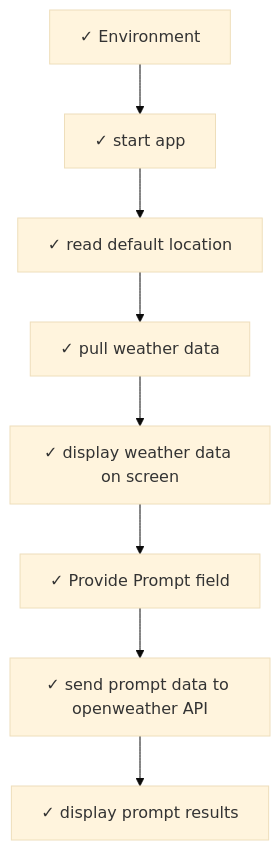
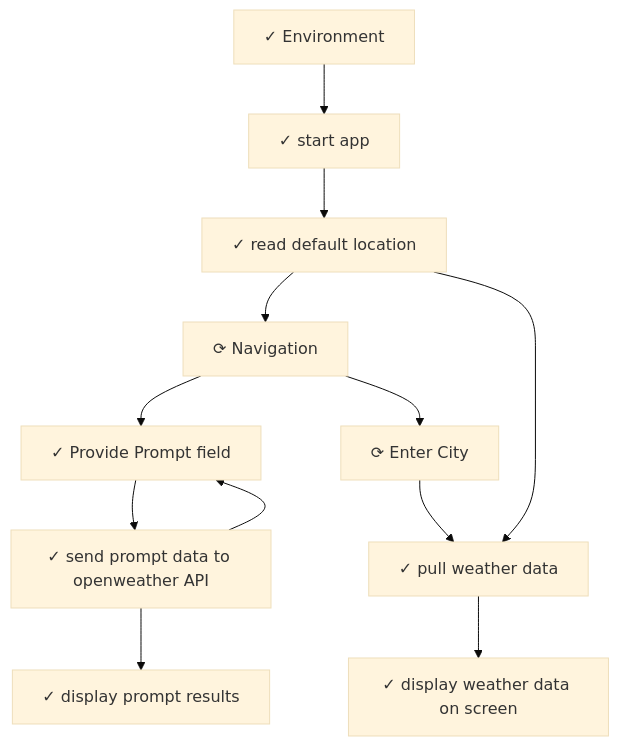
Before and after one commit to jareynolds/IntentR: the diagram in workspaces/HelloWorld/conception/STORYBOARD-INDEX.md, drawn with Mermaid (base theme). The commit also changed other lines of this file and 96 other files, not shown here.

````diff
--- a/workspaces/HelloWorld/conception/STORYBOARD-INDEX.md
+++ b/workspaces/HelloWorld/conception/STORYBOARD-INDEX.md
@@ -42,11 +42,75 @@
     card1765937281984["✓ read default location"]
     card1765942941837["✓ send prompt data to openweather API"]
     card1765937081415["✓ start app"]
+    card1765943031022["✓ display prompt results"]
+    card1765937186735["✓ display weather data on screen"]
+    card1765937824816["✓ Environment"]
+    card1765940802459["✓ Provide Prompt field"]
+    card1765937126217["✓ pull weather data"]
+    card1765937281984["✓ read default location"]
+    card1765942941837["✓ send prompt data to openweather API"]
+    card1765937081415["✓ start app"]
+    card1765943031022["✓ display prompt results"]
+    card1765937186735["✓ display weather data on screen"]
+    card1765937824816["✓ Environment"]
+    card1765940802459["✓ Provide Prompt field"]
+    card1765937126217["✓ pull weather data"]
+    card1765937281984["✓ read default location"]
+    card1765942941837["✓ send prompt data to openweather API"]
+    card1765937081415["✓ start app"]
+    card1765943031022["✓ display prompt results"]
+    card1765937186735["✓ display weather data on screen"]
+    card1765937824816["✓ Environment"]
+    card1765940802459["✓ Provide Prompt field"]
+    card1765937126217["✓ pull weather data"]
+    card1765937281984["✓ read default location"]
+    card1765942941837["✓ send prompt data to openweather API"]
+    card1765937081415["✓ start app"]
+    card1765943031022["✓ display prompt results"]
+    card1765937186735["✓ display weather data on screen"]
+    card1765937824816["✓ Environment"]
+    card1765940802459["✓ Provide Prompt field"]
+    card1765937126217["✓ pull weather data"]
+    card1765937281984["✓ read default location"]
+    card1765942941837["✓ send prompt data to openweather API"]
+    card1765937081415["✓ start app"]
+    card1765943031022["✓ display prompt results"]
+    card1765937186735["✓ display weather data on screen"]
+    card1765937824816["✓ Environment"]
+    card1765940802459["✓ Provide Prompt field"]
+    card1765937126217["✓ pull weather data"]
+    card1765937281984["✓ read default location"]
+    card1765942941837["✓ send prompt data to openweather API"]
+    card1765937081415["✓ start app"]
+    card1765943031022["✓ display prompt results"]
+    card1765937186735["✓ display weather data on screen"]
+    card1765937824816["✓ Environment"]
+    card1765940802459["✓ Provide Prompt field"]
+    card1765937126217["✓ pull weather data"]
+    card1765937281984["✓ read default location"]
+    card1765942941837["✓ send prompt data to openweather API"]
+    card1765937081415["✓ start app"]
+    card1766171779671["⟳ Navigation"]
+    card1766171921085["⟳ Enter City"]
+    card1765943031022["✓ display prompt results"]
+    card1765937186735["✓ display weather data on screen"]
+    card1766171921085["⟳ Enter City"]
+    card1765937824816["✓ Environment"]
+    card1766171779671["⟳ Navigation"]
+    card1765940802459["✓ Provide Prompt field"]
+    card1765937126217["✓ pull weather data"]
+    card1765937281984["✓ read default location"]
+    card1765942941837["✓ send prompt data to openweather API"]
+    card1765937081415["✓ start app"]
     card1765937081415 --> card1765937281984
-    card1765937281984 --> card1765937126217
     card1765937126217 --> card1765937186735
     card1765937824816 --> card1765937081415
-    card1765937186735 --> card1765940802459
+    card1765942941837 --> card1765940802459
     card1765940802459 --> card1765942941837
     card1765942941837 --> card1765943031022
+    card1766171779671 --> card1765940802459
+    card1765937281984 --> card1766171779671
+    card1766171779671 --> card1766171921085
+    card1766171921085 --> card1765937126217
+    card1765937281984 --> card1765937126217
 ```
````
